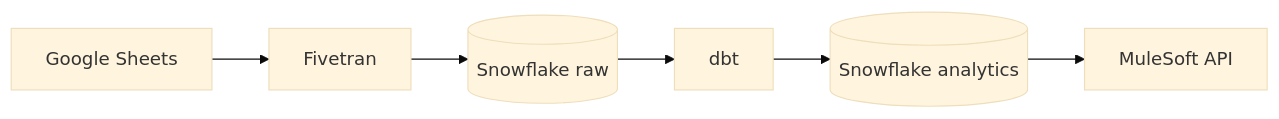
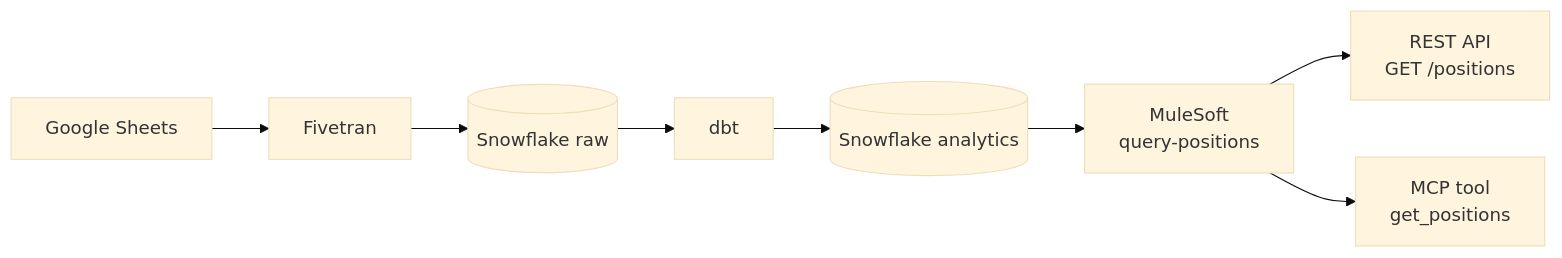
One commit to jamiepika/energy-data-poc changed the diagram in README.md. Above: the diagram before and after it, drawn with Mermaid (base theme).

Commit message:
update mermaid diagram

````diff
--- a/README.md
+++ b/README.md
@@ -7,4 +7,6 @@
 ```mermaid
 flowchart LR
-  A[Google Sheets] --> B[Fivetran] --> C[(Snowflake raw)] --> D[dbt] --> E[(Snowflake analytics)] --> F[MuleSoft API]
+  A[Google Sheets] --> B[Fivetran] --> C[(Snowflake raw)] --> D[dbt] --> E[(Snowflake analytics)] --> F[MuleSoft<br/>query-positions]
+  F --> G[REST API<br/>GET /positions]
+  F --> H[MCP tool<br/>get_positions]
 ```
````
